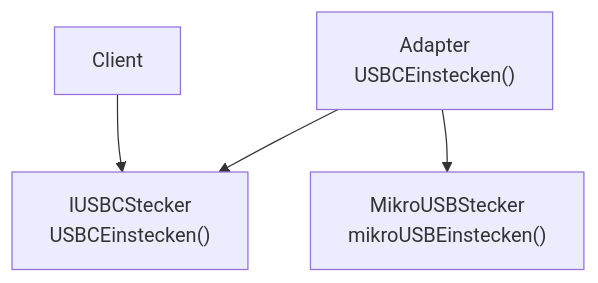
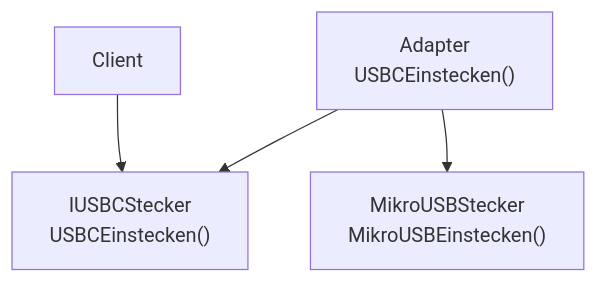
One commit to mathisneunzig/DHBW-Mannheim-WI2024SEA-DesignPatterns changed the second of 2 diagrams in TillVictor/README.md. Above: the diagram before and after it, drawn with Mermaid. The commit also changed other lines of this file, not shown here.

````diff
--- a/TillVictor/README.md
+++ b/TillVictor/README.md
@@ -62,15 +59,15 @@
 ```mermaid
 flowchart
 	Client
 	Adapter["Adapter
 	USBCEinstecken()"]
 	Adaptee["MikroUSBStecker
-	mikroUSBEinstecken()"]
+	MikroUSBEinstecken()"]
 	Target["IUSBCStecker
 	USBCEinstecken()"]
 
 	Client --> Target
 	Adapter --> Target
 	Adapter --> Adaptee
 
 ```
````
